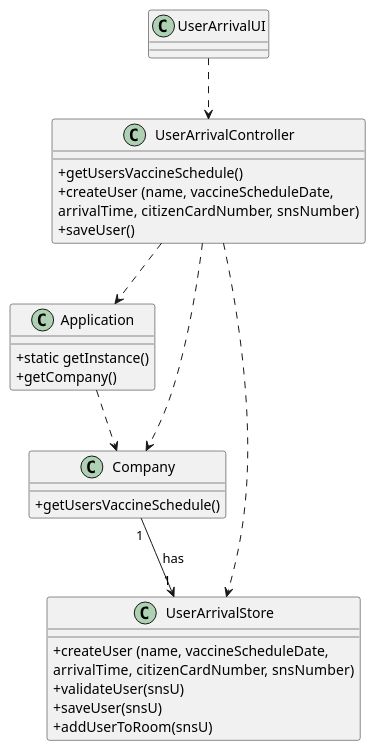
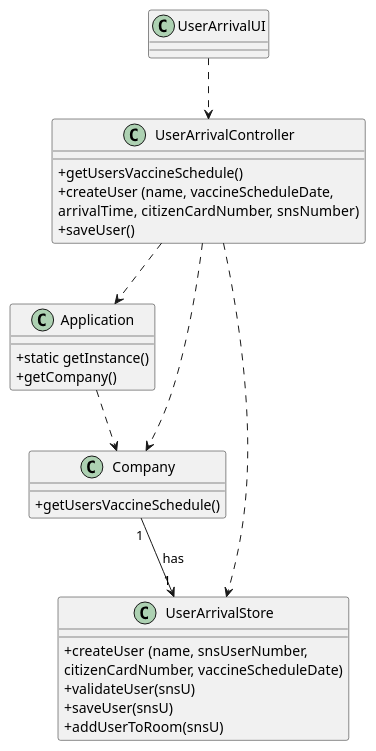
One commit to diogonapoles/isep-lapr2 changed the diagram in docs/SprintC/US4/US4_CD.puml. Above: the diagram before and after it, drawn with PlantUML. The commit also changed 11 other files, not shown here.

```diff
--- a/docs/SprintC/US4/US4_CD.puml
+++ b/docs/SprintC/US4/US4_CD.puml
@@ -1,46 +1,46 @@
 @startuml
 skinparam classAttributeIconSize 0
 
 class Application {
   +static getInstance()
   +getCompany()
 
 }
 
 class UserArrivalStore {
-+createUser (name, vaccineScheduleDate, \narrivalTime,  citizenCardNumber, snsNumber)
++createUser (name, snsUserNumber, \ncitizenCardNumber, vaccineScheduleDate)
 +validateUser(snsU)
 +saveUser(snsU)
 +addUserToRoom(snsU)
 }
 
 
 class Company {
 +getUsersVaccineSchedule()
 
 }
 
 
 
 class UserArrivalController {
 +getUsersVaccineSchedule()
 +createUser (name, vaccineScheduleDate, \narrivalTime,  citizenCardNumber, snsNumber)
 +saveUser()
 }
 
 class UserArrivalUI {
 
 }
 
 
 UserArrivalUI ..> UserArrivalController
 UserArrivalController ..> Company
 UserArrivalController ..> Application
 Application ..> Company
 UserArrivalController ..> UserArrivalStore
 Company "1" --> "1" UserArrivalStore : has
 
 
 
 
 @enduml
```
